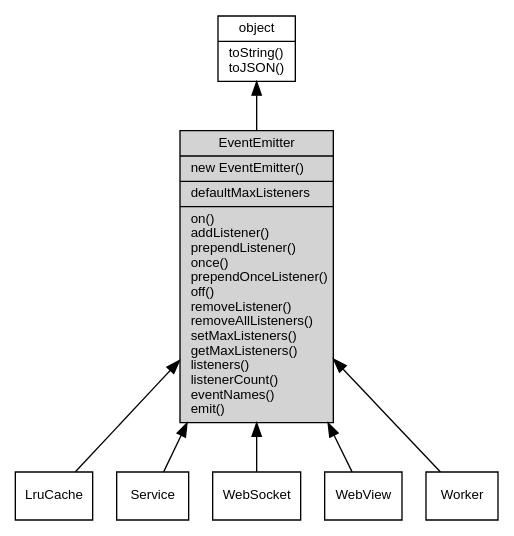
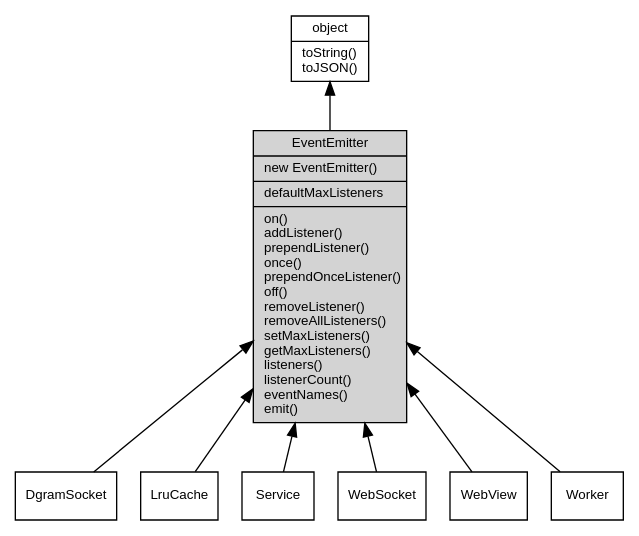
Before and after one commit to fibjs/fibjs.org: the diagram in docs/manual/object/ifs/EventEmitter.md, drawn with Graphviz. The commit also changed 206 other files, not shown here.

````diff
--- a/docs/manual/object/ifs/EventEmitter.md
+++ b/docs/manual/object/ifs/EventEmitter.md
@@ -13,20 +13,22 @@
 ```dot
 digraph {
     node [fontname="Helvetica,sans-Serif", fontsize=10, shape="record", style="filled", fillcolor="white"];
 
     object [tooltip="object", URL="object.md", label="{object|toString()\ltoJSON()\l}"];
     EventEmitter [tooltip="EventEmitter", fillcolor="lightgray", id="me", label="{EventEmitter|new EventEmitter()\l|defaultMaxListeners\l|on()\laddListener()\lprependListener()\lonce()\lprependOnceListener()\loff()\lremoveListener()\lremoveAllListeners()\lsetMaxListeners()\lgetMaxListeners()\llisteners()\llistenerCount()\leventNames()\lemit()\l}"];
+    DgramSocket [tooltip="DgramSocket", URL="DgramSocket.md", label="{DgramSocket}"];
     LruCache [tooltip="LruCache", URL="LruCache.md", label="{LruCache}"];
     Service [tooltip="Service", URL="Service.md", label="{Service}"];
     WebSocket [tooltip="WebSocket", URL="WebSocket.md", label="{WebSocket}"];
     WebView [tooltip="WebView", URL="WebView.md", label="{WebView}"];
     Worker [tooltip="Worker", URL="Worker.md", label="{Worker}"];
 
     object -> EventEmitter [dir=back];
+    EventEmitter -> DgramSocket [dir=back];
     EventEmitter -> LruCache [dir=back];
     EventEmitter -> Service [dir=back];
     EventEmitter -> WebSocket [dir=back];
     EventEmitter -> WebView [dir=back];
     EventEmitter -> Worker [dir=back];
 }
 ```
````
